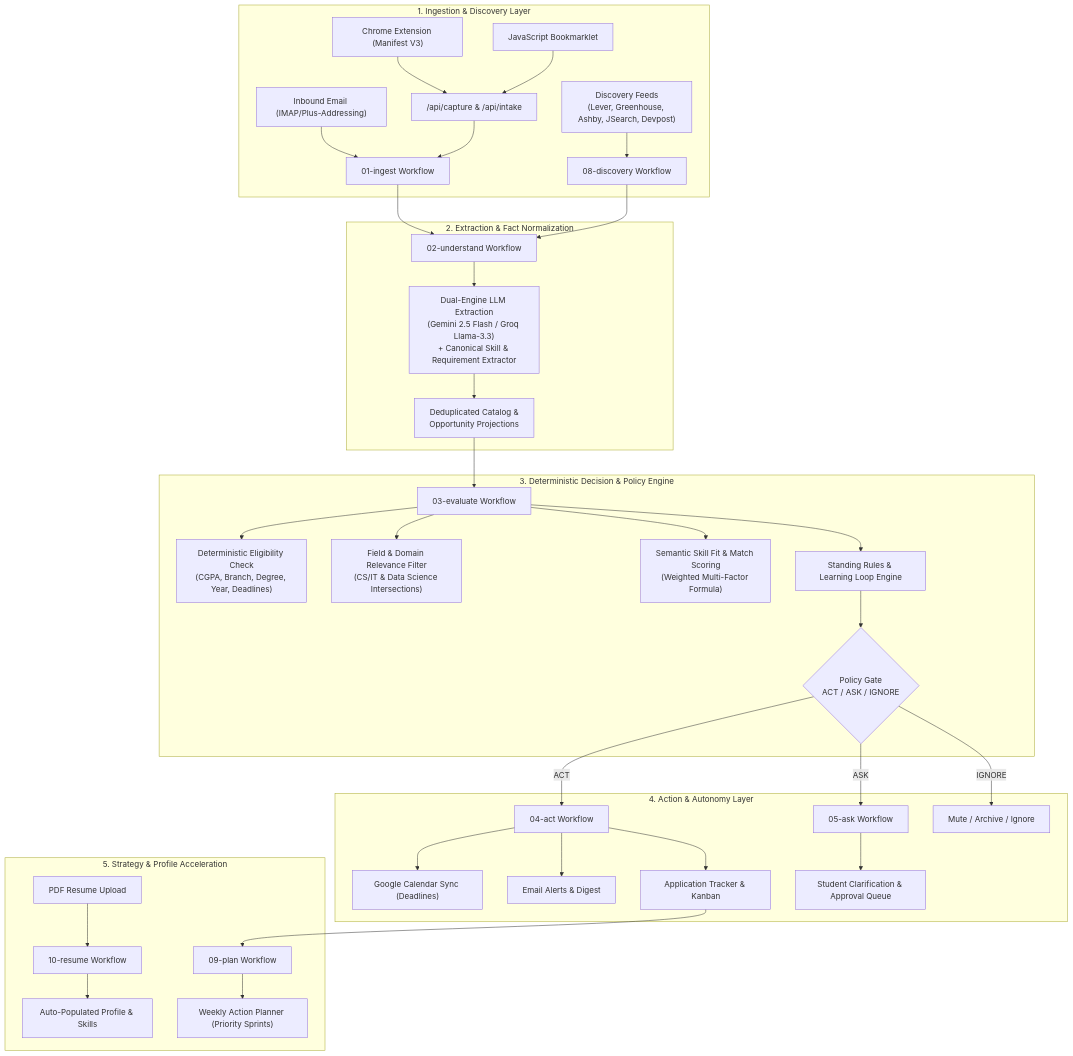
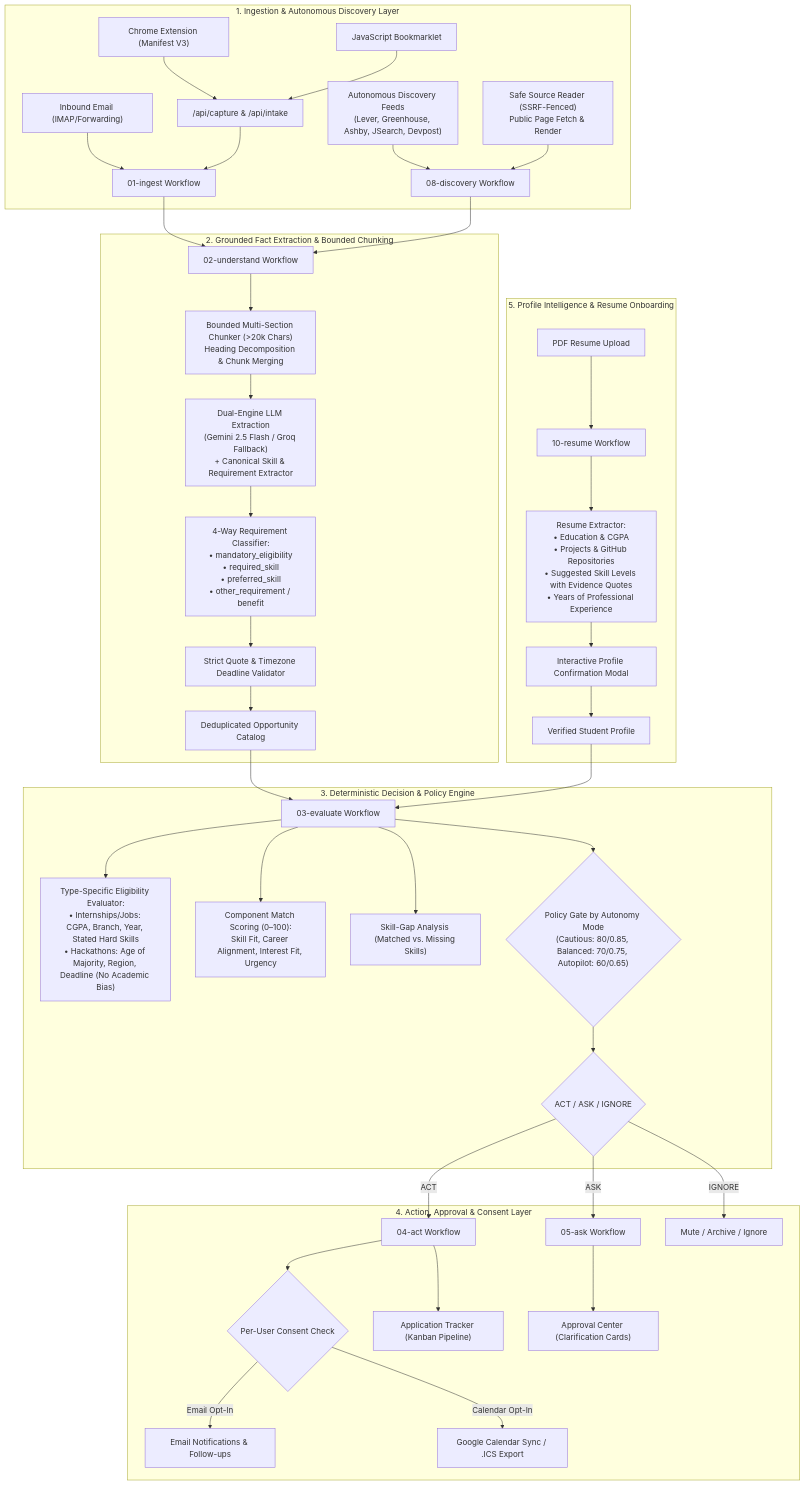
Before and after one commit to KPB040107/OpportunityOS: the diagram in README.md, drawn with Mermaid. The commit also changed other lines of this file and 55 other files, not shown here.

````diff
--- a/README.md
+++ b/README.md
@@ -12,43 +12,49 @@
 ```mermaid
 flowchart TD
-    subgraph Capture["1. Ingestion & Discovery Layer"]
+    subgraph Capture["1. Ingestion & Autonomous Discovery Layer"]
         EXT["Chrome Extension (Manifest V3)"] --> INTAKE["/api/capture & /api/intake"]
         BKM["JavaScript Bookmarklet"] --> INTAKE
-        EML["Inbound Email (IMAP/Plus-Addressing)"] --> W1["01-ingest Workflow"]
-        DISC["Discovery Feeds\n(Lever, Greenhouse, Ashby, JSearch, Devpost)"] --> W8["08-discovery Workflow"]
+        EML["Inbound Email (IMAP/Forwarding)"] --> W1["01-ingest Workflow"]
+        DISC["Autonomous Discovery Feeds\n(Lever, Greenhouse, Ashby, JSearch, Devpost)"] --> W8["08-discovery Workflow"]
+        READER["Safe Source Reader (SSRF-Fenced)\nPublic Page Fetch & Render"] --> W8
         INTAKE --> W1
     end
 
-    subgraph Extraction["2. Extraction & Fact Normalization"]
+    subgraph Extraction["2. Grounded Fact Extraction & Bounded Chunking"]
         W1 --> W2["02-understand Workflow"]
         W8 --> W2
-        W2 --> AI_EXT["Dual-Engine LLM Extraction\n(Gemini 2.5 Flash / Groq Llama-3.3)\n+ Canonical Skill & Requirement Extractor"]
-        AI_EXT --> CAT["Deduplicated Catalog &\nOpportunity Projections"]
+        W2 --> CHUNK["Bounded Multi-Section Chunker (>20k Chars)\nHeading Decomposition & Chunk Merging"]
+        CHUNK --> AI_EXT["Dual-Engine LLM Extraction\n(Gemini 2.5 Flash / Groq Fallback)\n+ Canonical Skill & Requirement Extractor"]
+        AI_EXT --> REQ_CLASS["4-Way Requirement Classifier:\n• mandatory_eligibility\n• required_skill\n• preferred_skill\n• other_requirement / benefit"]
+        REQ_CLASS --> PROOF["Strict Quote & Timezone Deadline Validator"]
+        PROOF --> CAT["Deduplicated Opportunity Catalog"]
     end
 
     subgraph Decision["3. Deterministic Decision & Policy Engine"]
         CAT --> W3["03-evaluate Workflow"]
-        W3 --> ELIG["Deterministic Eligibility Check\n(CGPA, Branch, Degree, Year, Deadlines)"]
-        W3 --> FIELD["Field & Domain Relevance Filter\n(CS/IT & Data Science Intersections)"]
-        W3 --> SCORE["Semantic Skill Fit & Match Scoring\n(Weighted Multi-Factor Formula)"]
-        W3 --> RULES["Standing Rules & Learning Loop Engine"]
-        RULES --> DECISION{"Policy Gate\nACT / ASK / IGNORE"}
+        W3 --> ELIG["Type-Specific Eligibility Evaluator:\n• Internships/Jobs: CGPA, Branch, Year, Stated Hard Skills\n• Hackathons: Age of Majority, Region, Deadline (No Academic Bias)"]
+        W3 --> SCORE["Component Match Scoring (0–100):\nSkill Fit, Career Alignment, Interest Fit, Urgency"]
+        W3 --> GAP["Skill-Gap Analysis (Matched vs. Missing Skills)"]
+        W3 --> POLICY{"Policy Gate by Autonomy Mode\n(Cautious: 80/0.85, Balanced: 70/0.75, Autopilot: 60/0.65)"}
+        POLICY --> DECISION{"ACT / ASK / IGNORE"}
     end
 
-    subgraph Action["4. Action & Autonomy Layer"]
+    subgraph Action["4. Action, Approval & Consent Layer"]
         DECISION -- "ACT" --> W4["04-act Workflow"]
         DECISION -- "ASK" --> W5["05-ask Workflow"]
         DECISION -- "IGNORE" --> ARCHIVE["Mute / Archive / Ignore"]
-        W4 --> CAL["Google Calendar Sync (Deadlines)"]
-        W4 --> NOTIF["Email Alerts & Digest"]
-        W4 --> TRK["Application Tracker & Kanban"]
-        W5 --> APPR["Student Clarification & Approval Queue"]
+        W4 --> CONSENT{"Per-User Consent Check"}
+        CONSENT -- "Email Opt-In" --> NOTIF["Email Notifications & Follow-ups"]
+        CONSENT -- "Calendar Opt-In" --> CAL["Google Calendar Sync / .ICS Export"]
+        W4 --> TRK["Application Tracker (Kanban Pipeline)"]
+        W5 --> APPR["Approval Center (Clarification Cards)"]
     end
 
-    subgraph Planning["5. Strategy & Profile Acceleration"]
+    subgraph Profile["5. Profile Intelligence & Resume Onboarding"]
         RES["PDF Resume Upload"] --> W10["10-resume Workflow"]
-        W10 --> PROF["Auto-Populated Profile & Skills"]
-        TRK --> W9["09-plan Workflow"]
-        W9 --> WEEK["Weekly Action Planner (Priority Sprints)"]
+        W10 --> P_EXT["Resume Extractor:\n• Education & CGPA\n• Projects & GitHub Repositories\n• Suggested Skill Levels with Evidence Quotes\n• Years of Professional Experience"]
+        P_EXT --> P_CONF["Interactive Profile Confirmation Modal"]
+        P_CONF --> PROF["Verified Student Profile"]
+        PROF --> W3
     end
 ```
````
